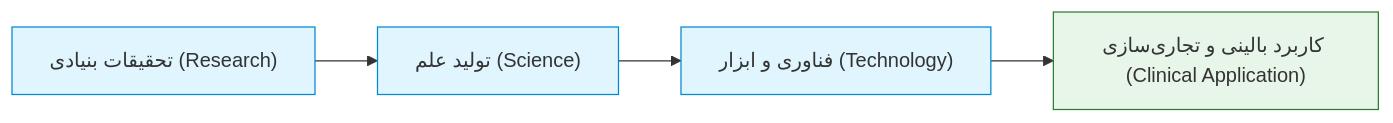
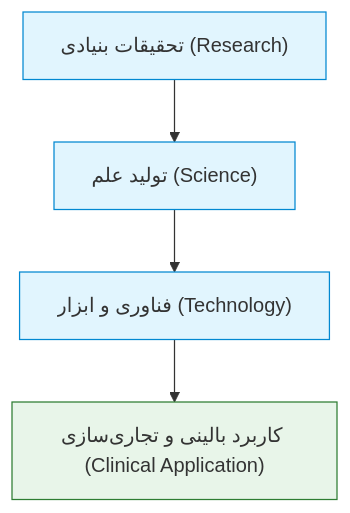
One commit to neopulse-hub/-TUMS-1402-2-material-notes- changed the first of 5 diagrams in 05/ژنتیک پزشکی/کامل/01.md. Above: the diagram before and after it, drawn with Mermaid. The commit also changed other lines of this file, not shown here.

````diff
--- a/05/ژنتیک پزشکی/کامل/01.md
+++ b/05/ژنتیک پزشکی/کامل/01.md
@@ -9,9 +9,9 @@
 ```mermaid
-flowchart LR
+flowchart TD
     classDef step fill:#e1f5fe,stroke:#0288d1,stroke-width:1px;
     classDef endNode fill:#e8f5e9,stroke:#2e7d32,stroke-width:1px;
 
     R["تحقیقات بنیادی (Research)"]:::step --> S["تولید علم (Science)"]:::step
     S --> T["فناوری و ابزار (Technology)"]:::step
     T --> W["کاربرد بالینی و تجاری‌سازی (Clinical Application)"]:::endNode
 ```
````
